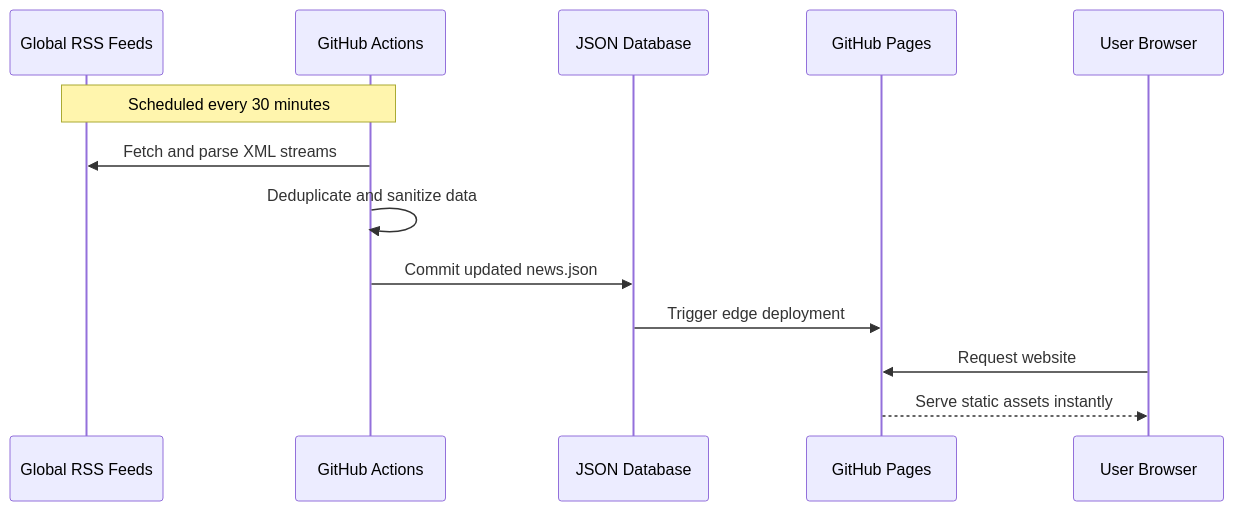
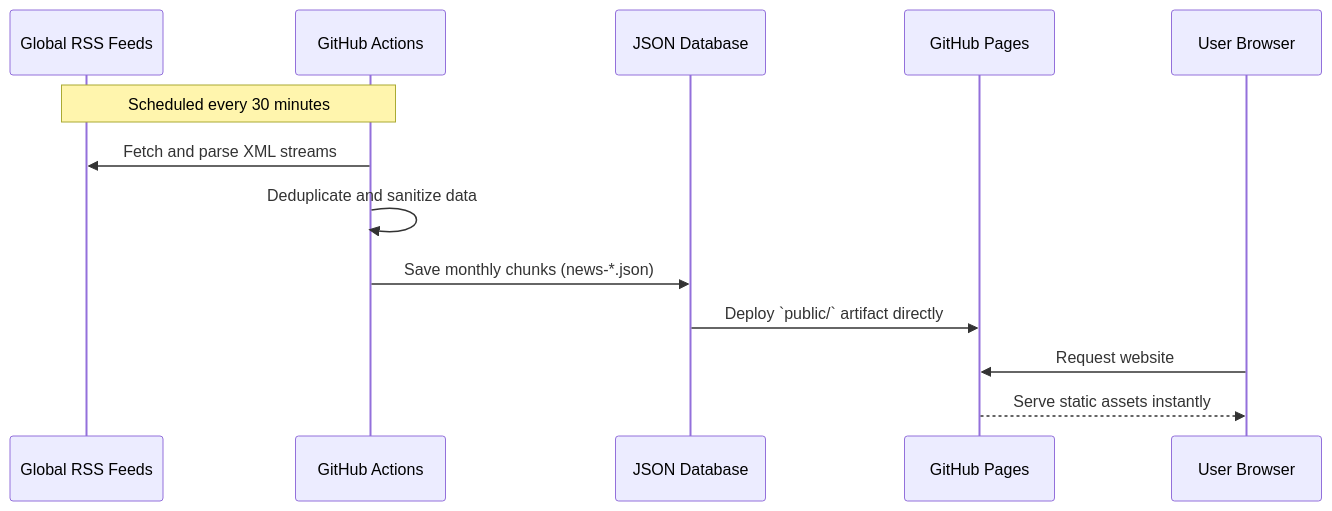
The diagram in README.md (CodeMasterAbhishek/Daily-Brief), drawn with Mermaid before and after one commit. The commit also changed other lines of this file and 1 other file, not shown here.

````diff
--- a/README.md
+++ b/README.md
@@ -40,16 +43,16 @@
 ```mermaid
 sequenceDiagram
     participant RSS as Global RSS Feeds
     participant Action as GitHub Actions
     participant Repo as JSON Database
     participant CDN as GitHub Pages
     participant Client as User Browser
 
     Note over RSS, Action: Scheduled every 30 minutes
     Action->>RSS: Fetch and parse XML streams
     Action->>Action: Deduplicate and sanitize data
-    Action->>Repo: Commit updated news.json
-    Repo->>CDN: Trigger edge deployment
+    Action->>Repo: Save monthly chunks (news-*.json)
+    Repo->>CDN: Deploy `public/` artifact directly
     Client->>CDN: Request website
     CDN-->>Client: Serve static assets instantly
 ```
````
